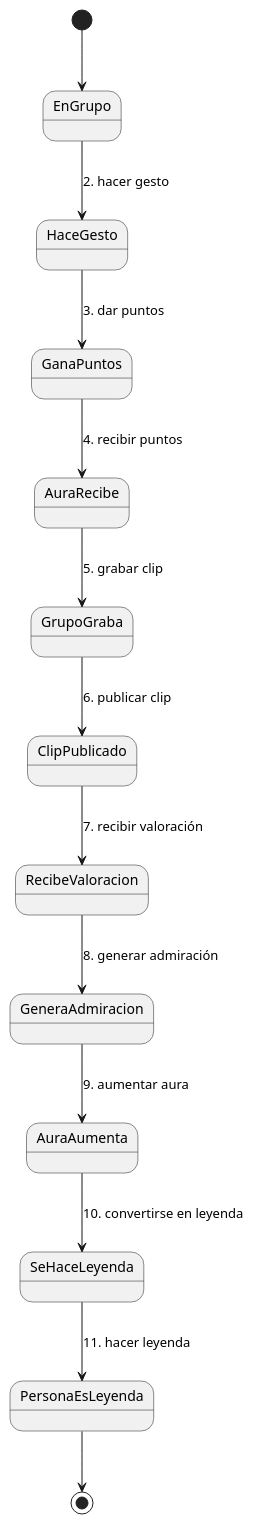
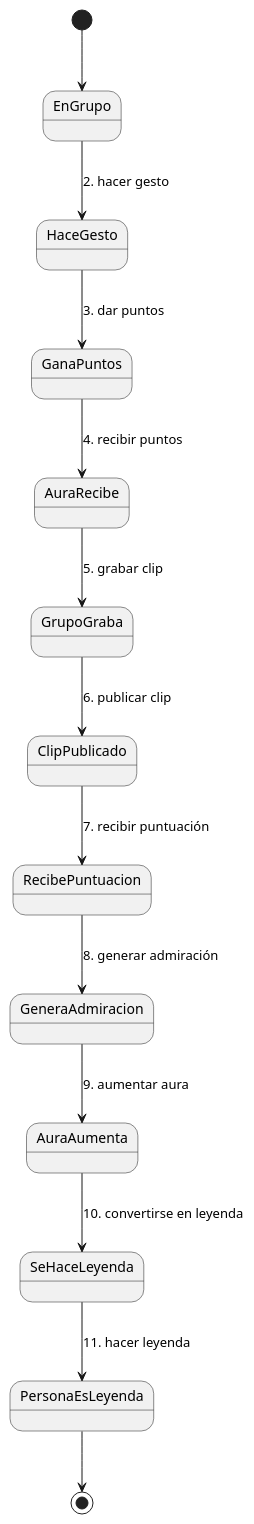
The diagram in entregas/cuestaAlejandra/modelosUML/version3/diagramaestados.puml (Alejandracuesta/26-27-idsw1-AC), drawn with PlantUML before and after one commit. The commit also changed 18 other files, not shown here.

Commit message:
Correccion de Vocabulario de los diagramas y enlaces

```diff
--- a/entregas/cuestaAlejandra/modelosUML/version3/diagramaestados.puml
+++ b/entregas/cuestaAlejandra/modelosUML/version3/diagramaestados.puml
@@ -1,21 +1,21 @@
 @startuml
 
 [*] --> EnGrupo
 
 EnGrupo --> HaceGesto : 2. hacer gesto
 HaceGesto --> GanaPuntos : 3. dar puntos
 GanaPuntos --> AuraRecibe : 4. recibir puntos
 
 AuraRecibe --> GrupoGraba : 5. grabar clip
 GrupoGraba --> ClipPublicado : 6. publicar clip
 
-ClipPublicado --> RecibeValoracion : 7. recibir valoración
-RecibeValoracion --> GeneraAdmiracion : 8. generar admiración
+ClipPublicado --> RecibePuntuacion : 7. recibir puntuación
+RecibePuntuacion --> GeneraAdmiracion : 8. generar admiración
 GeneraAdmiracion --> AuraAumenta : 9. aumentar aura
 
 AuraAumenta --> SeHaceLeyenda : 10. convertirse en leyenda
 SeHaceLeyenda --> PersonaEsLeyenda : 11. hacer leyenda
 
 PersonaEsLeyenda --> [*]
 
 @enduml
```
